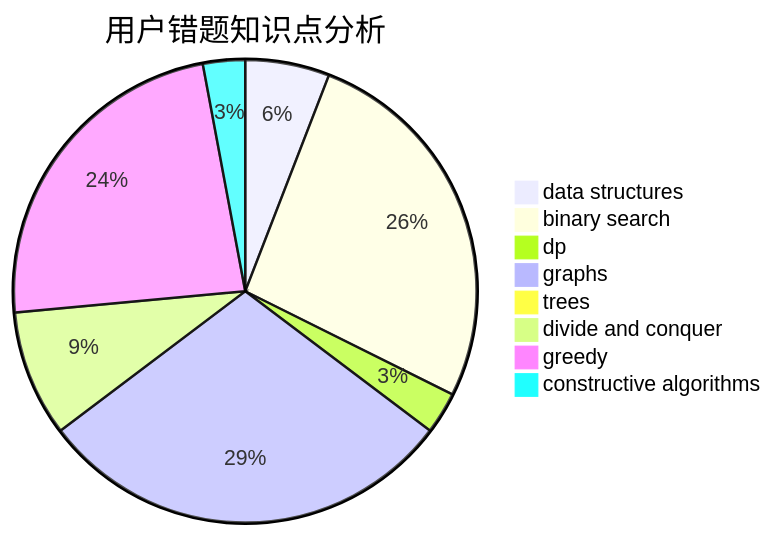
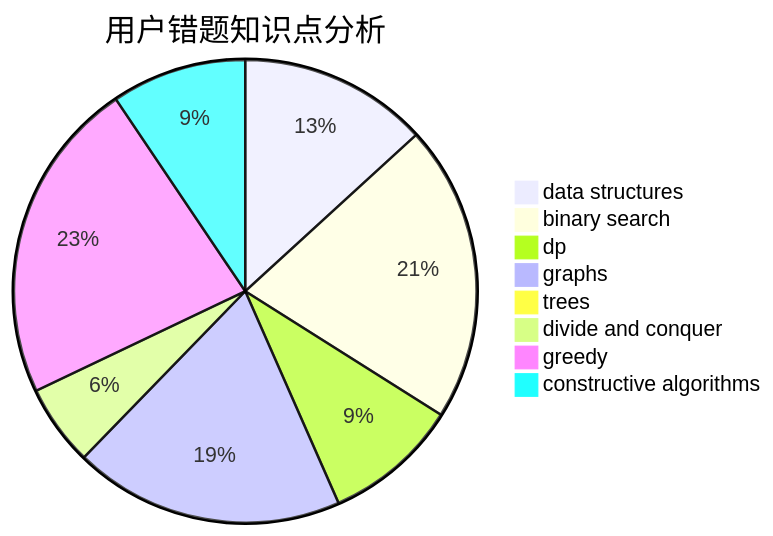
The third of 3 diagrams in docs/user/u479.md (sherpahu/cfrs.github.io), drawn with Mermaid before and after one commit. The commit also changed other lines of this file and 2770 other files, not shown here.

````diff
--- a/docs/user/u479.md
+++ b/docs/user/u479.md
@@ -36,11 +36,11 @@
 ```mermaid
 pie title 用户错题知识点分析
-    "data structures" :  2
-    "binary search" :  9
-    "dp" :  1
+    "data structures" :  7
+    "binary search" :  11
+    "dp" :  5
     "graphs" :  10
     "trees" :  0
     "divide and conquer" :  3
-    "greedy" :  8
-    "constructive algorithms" :  1
+    "greedy" :  12
+    "constructive algorithms" :  5
 ```
````
